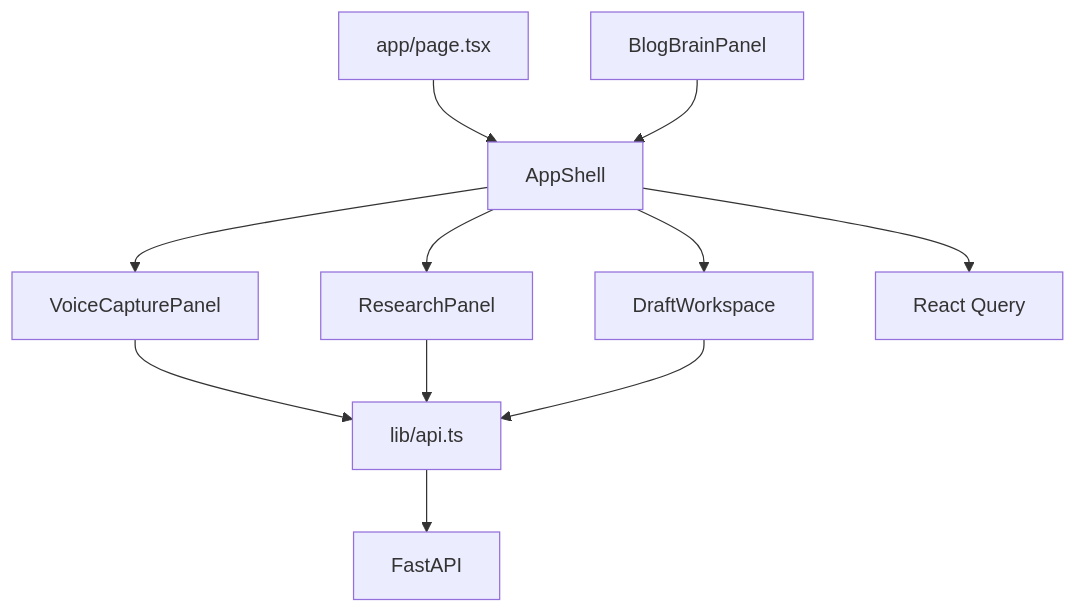
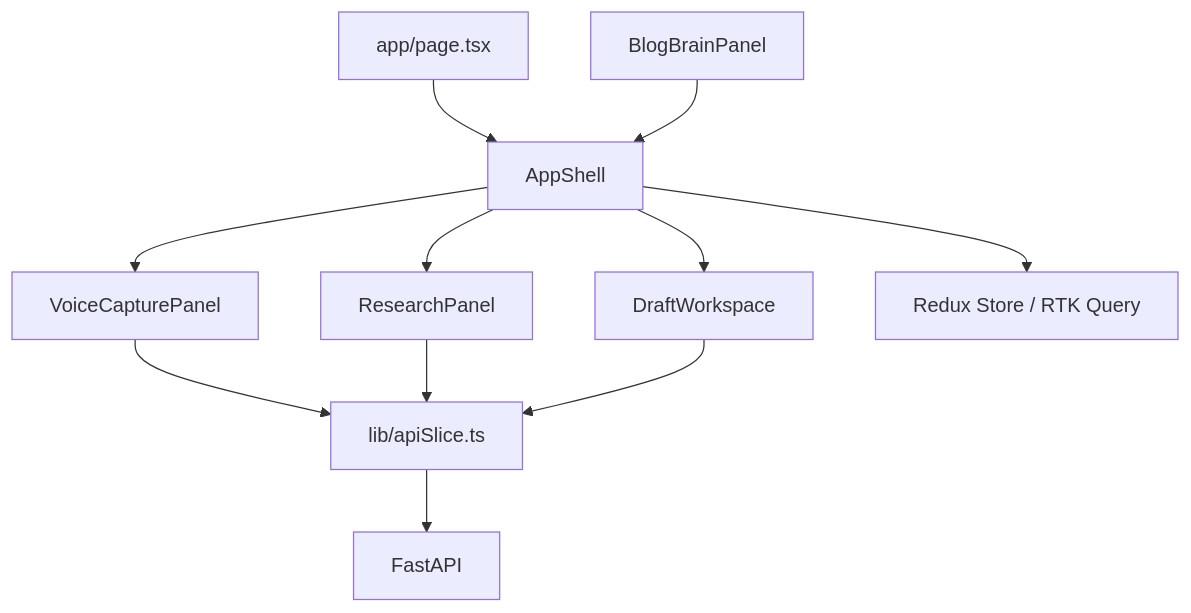
Before and after one commit to bhandari8sujit/ai-robo-blogger: the diagram in docs/wiki/frontend.md, drawn with Mermaid. The commit also changed other lines of this file and 12 other files, not shown here.

````diff
--- a/docs/wiki/frontend.md
+++ b/docs/wiki/frontend.md
@@ -7,13 +7,13 @@
 ```mermaid
 flowchart TD
     Page[app/page.tsx] --> Shell[AppShell]
     Shell --> Voice[VoiceCapturePanel]
     Shell --> Research[ResearchPanel]
     Shell --> Draft[DraftWorkspace]
     Brain[BlogBrainPanel] --> Shell
-    Shell --> Query[React Query]
-    Voice --> Client[lib/api.ts]
-    Research --> Client
-    Draft --> Client
-    Client --> Backend[FastAPI]
+    Shell --> Store[Redux Store / RTK Query]
+    Voice --> Slice[lib/apiSlice.ts]
+    Research --> Slice
+    Draft --> Slice
+    Slice --> Backend[FastAPI]
 ```
````
